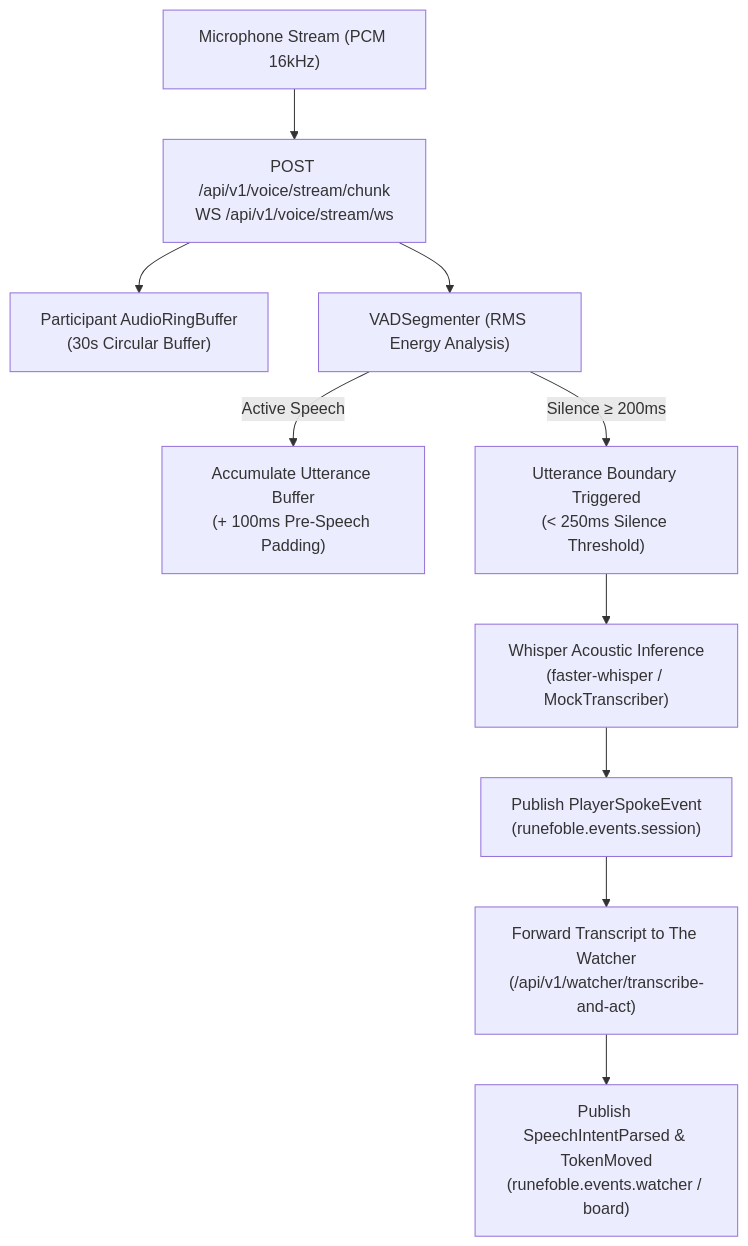
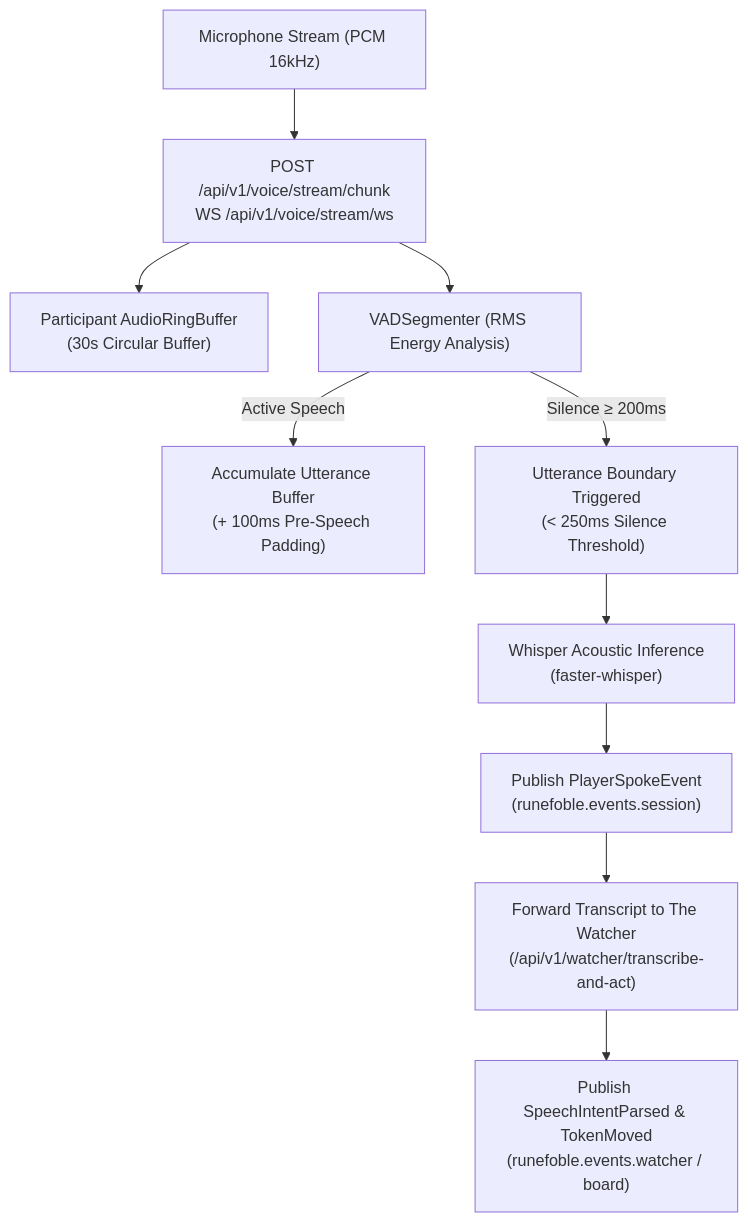
One commit to tyevans/runefoble changed the second of 2 diagrams in docs/explanation/realtime-voice-and-board-sync.md. Above: the diagram before and after it, drawn with Mermaid. The commit also changed other lines of this file and 14 other files, not shown here.

````diff
--- a/docs/explanation/realtime-voice-and-board-sync.md
+++ b/docs/explanation/realtime-voice-and-board-sync.md
@@ -45,12 +45,12 @@
 ```mermaid
 flowchart TD
     Mic["Microphone Stream (PCM 16kHz)"] --> Ingest["POST /api/v1/voice/stream/chunk<br/>WS /api/v1/voice/stream/ws"]
     Ingest --> RingBuf["Participant AudioRingBuffer<br/>(30s Circular Buffer)"]
     Ingest --> VAD["VADSegmenter (RMS Energy Analysis)"]
     VAD -->|Active Speech| Acc["Accumulate Utterance Buffer<br/>(+ 100ms Pre-Speech Padding)"]
     VAD -->|Silence &ge; 200ms| Trigger["Utterance Boundary Triggered<br/>(&lt; 250ms Silence Threshold)"]
-    Trigger --> Whisper["Whisper Acoustic Inference<br/>(faster-whisper / MockTranscriber)"]
+    Trigger --> Whisper["Whisper Acoustic Inference<br/>(faster-whisper)"]
     Whisper --> EmitSpoke["Publish PlayerSpokeEvent<br/>(runefoble.events.session)"]
     EmitSpoke --> WatcherForward["Forward Transcript to The Watcher<br/>(/api/v1/watcher/transcribe-and-act)"]
     WatcherForward --> WatcherEvents["Publish SpeechIntentParsed &amp; TokenMoved<br/>(runefoble.events.watcher / board)"]
 ```
````
